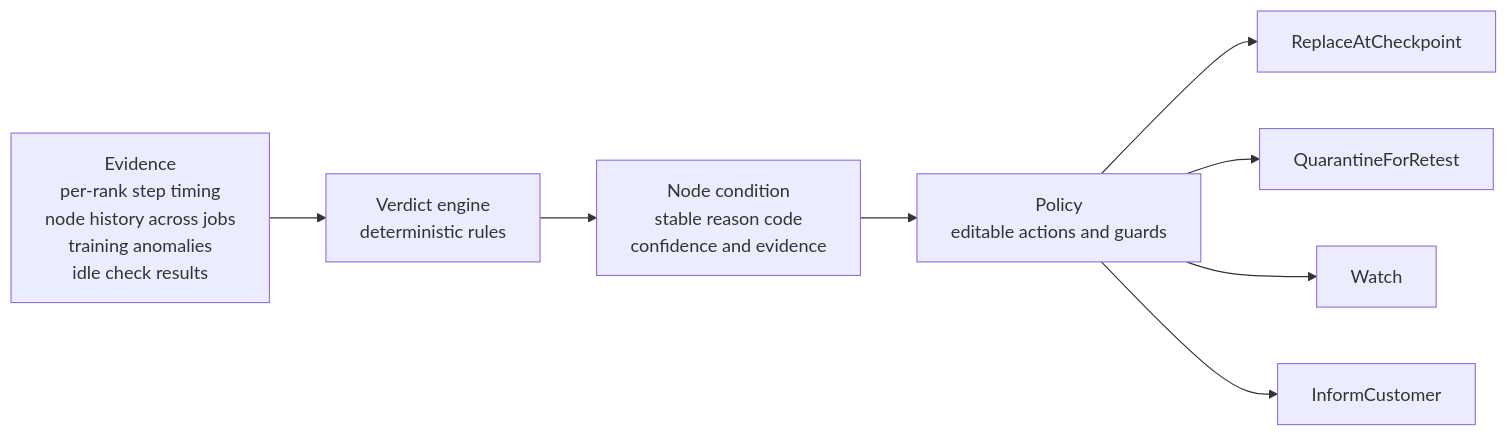
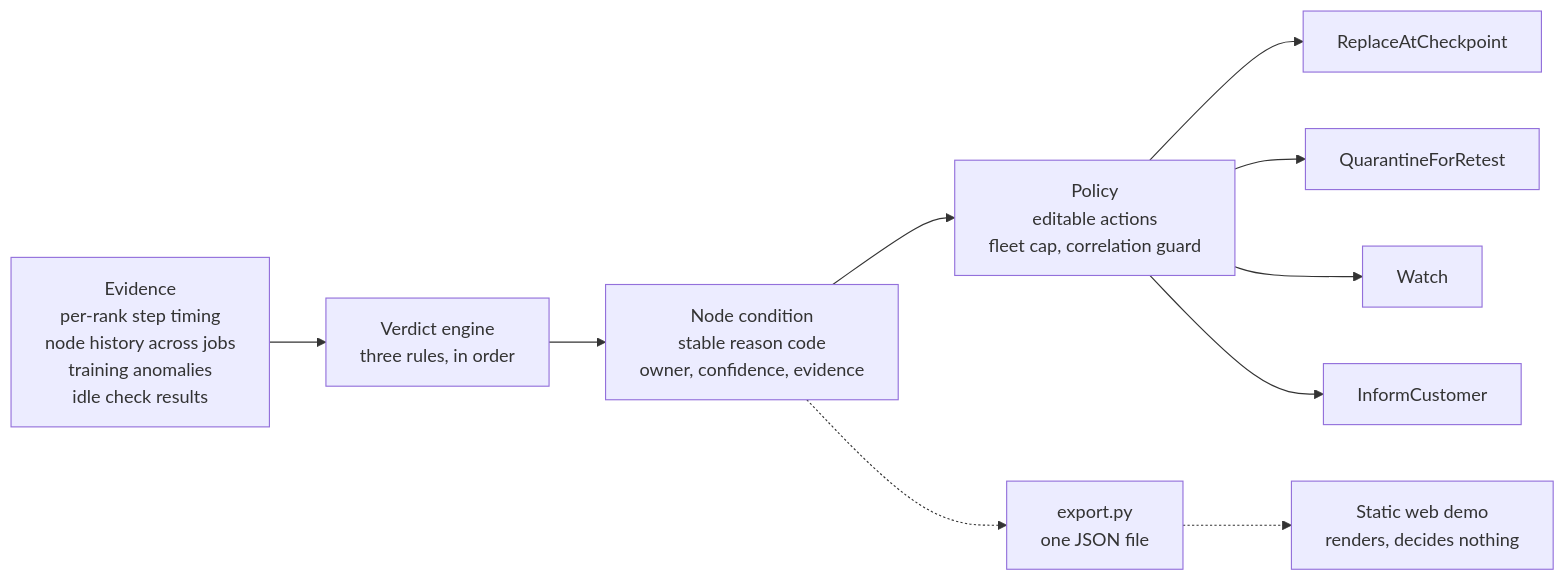
One commit to nicopavez/node-verdict changed the diagram in README.md. Above: the diagram before and after it, drawn with Mermaid. The commit also changed other lines of this file and 16 other files, not shown here.

````diff
--- a/README.md
+++ b/README.md
@@ -41,10 +77,11 @@
 ```mermaid
 flowchart LR
-    A["Evidence<br/>per-rank step timing<br/>node history across jobs<br/>training anomalies<br/>idle check results"] --> B["Verdict engine<br/>deterministic rules"]
-    B --> C["Node condition<br/>stable reason code<br/>confidence and evidence"]
-    C --> D["Policy<br/>editable actions and guards"]
+    A["Evidence<br/>per-rank step timing<br/>node history across jobs<br/>training anomalies<br/>idle check results"] --> B["Verdict engine<br/>three rules, in order"]
+    B --> C["Node condition<br/>stable reason code<br/>owner, confidence, evidence"]
+    C --> D["Policy<br/>editable actions<br/>fleet cap, correlation guard"]
     D --> E1["ReplaceAtCheckpoint"]
     D --> E2["QuarantineForRetest"]
     D --> E3["Watch"]
     D --> E4["InformCustomer"]
+    C -.-> W["export.py<br/>one JSON file"] -.-> V["Static web demo<br/>renders, decides nothing"]
 ```
````
